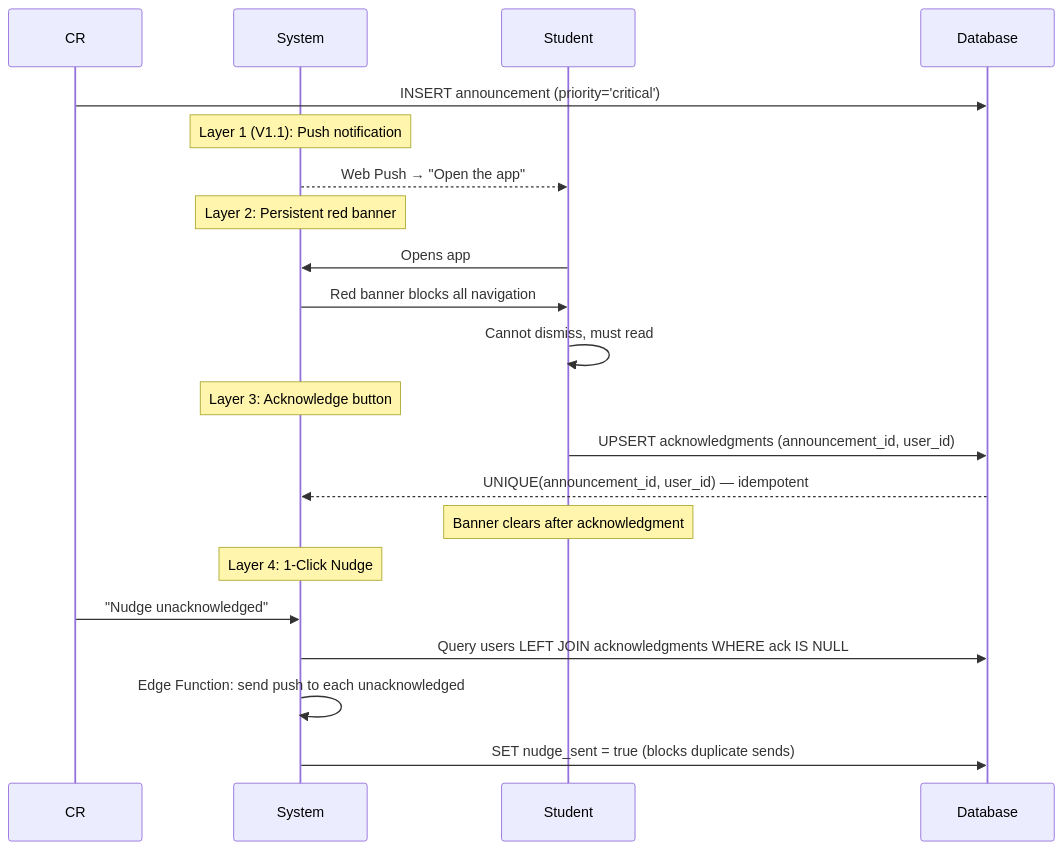
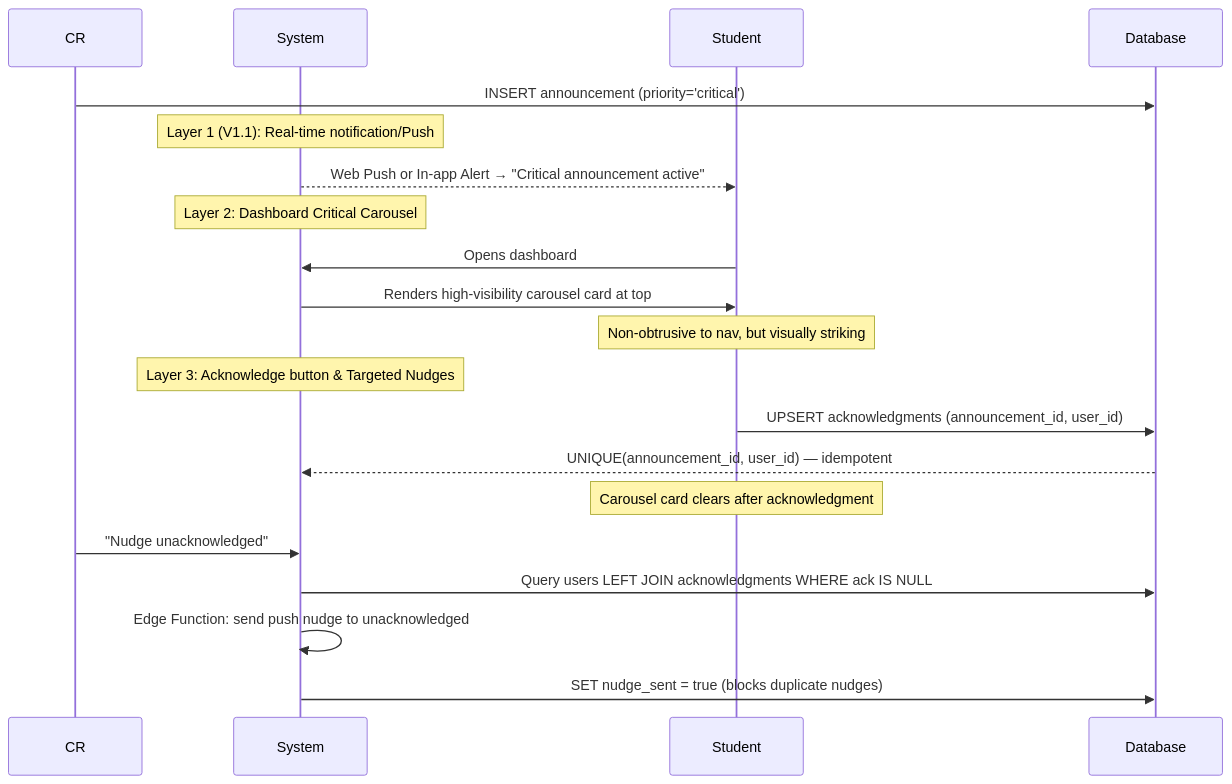
The second of 2 diagrams in docs/architecture_understanding.md (Hanu2908/ClassHub), drawn with Mermaid before and after one commit. The commit also changed other lines of this file and 10 other files, not shown here.

````diff
--- a/docs/architecture_understanding.md
+++ b/docs/architecture_understanding.md
@@ -233,27 +233,26 @@
 ```mermaid
 sequenceDiagram
     participant CR
     participant System
     participant Student
     participant DB as Database
 
     CR->>DB: INSERT announcement (priority='critical')
-    Note over System: Layer 1 (V1.1): Push notification
-    System-->>Student: Web Push → "Open the app"
+    Note over System: Layer 1 (V1.1): Real-time notification/Push
+    System-->>Student: Web Push or In-app Alert → "Critical announcement active"
     
-    Note over System: Layer 2: Persistent red banner
-    Student->>System: Opens app
-    System->>Student: Red banner blocks all navigation
-    Student->>Student: Cannot dismiss, must read
+    Note over System: Layer 2: Dashboard Critical Carousel
+    Student->>System: Opens dashboard
+    System->>Student: Renders high-visibility carousel card at top
+    Note over Student: Non-obtrusive to nav, but visually striking
     
-    Note over System: Layer 3: Acknowledge button
+    Note over System: Layer 3: Acknowledge button & Targeted Nudges
     Student->>DB: UPSERT acknowledgments (announcement_id, user_id)
     DB-->>System: UNIQUE(announcement_id, user_id) — idempotent
-    Note over Student: Banner clears after acknowledgment
+    Note over Student: Carousel card clears after acknowledgment
     
-    Note over System: Layer 4: 1-Click Nudge
     CR->>System: "Nudge unacknowledged"
     System->>DB: Query users LEFT JOIN acknowledgments WHERE ack IS NULL
-    System->>System: Edge Function: send push to each unacknowledged
-    System->>DB: SET nudge_sent = true (blocks duplicate sends)
+    System->>System: Edge Function: send push nudge to unacknowledged
+    System->>DB: SET nudge_sent = true (blocks duplicate nudges)
 ```
````
